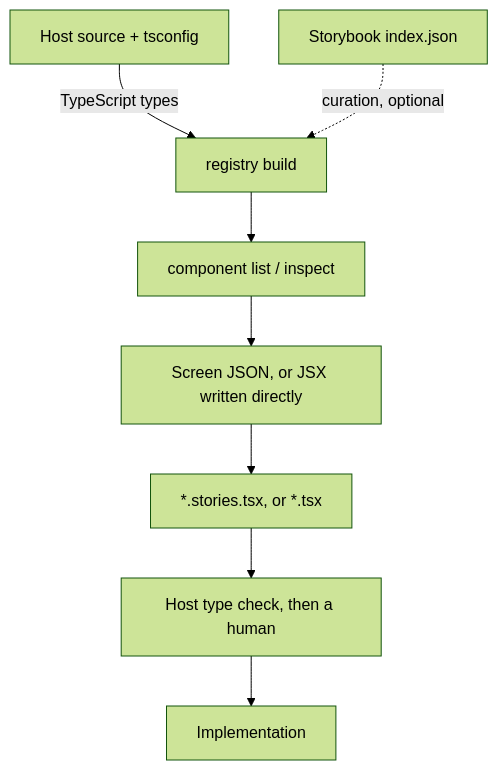
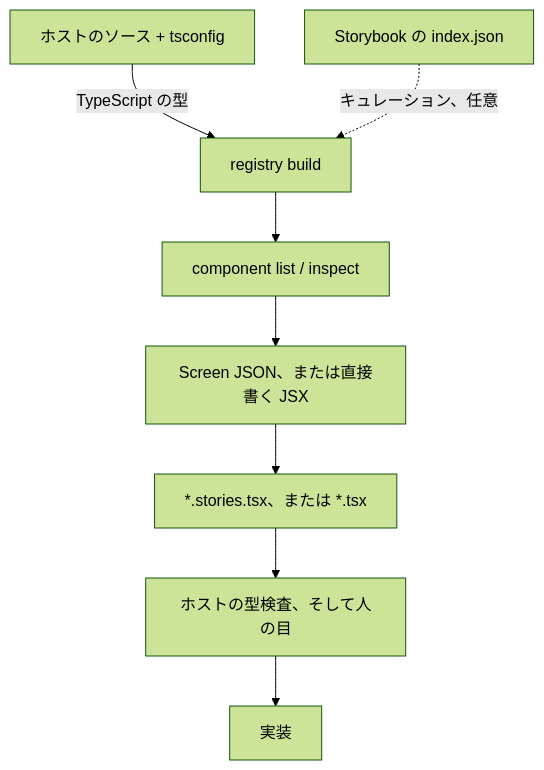
Before and after one commit to yosegi-dev/yosegi: the diagram in README.ja.md, drawn with Mermaid (forest theme). The commit also changed 6 other files, not shown here.

First line of the commit message:
docs: translate the diagram labels on the Japanese pages

````diff
--- a/README.ja.md
+++ b/README.ja.md
@@ -33,10 +33,10 @@
 ```mermaid
 flowchart TD
-  src["Host source + tsconfig"] -->|"TypeScript types"| build["registry build"]
-  idx["Storybook index.json"] -.->|"curation, optional"| build
+  src["ホストのソース + tsconfig"] -->|"TypeScript の型"| build["registry build"]
+  idx["Storybook の index.json"] -.->|"キュレーション、任意"| build
   build --> look["component list / inspect"]
-  look --> asm["Screen JSON, or JSX written directly"]
-  asm --> out["*.stories.tsx, or *.tsx"]
-  out --> review["Host type check, then a human"]
-  review --> impl["Implementation"]
+  look --> asm["Screen JSON、または直接書く JSX"]
+  asm --> out["*.stories.tsx、または *.tsx"]
+  out --> review["ホストの型検査、そして人の目"]
+  review --> impl["実装"]
 ```
````
